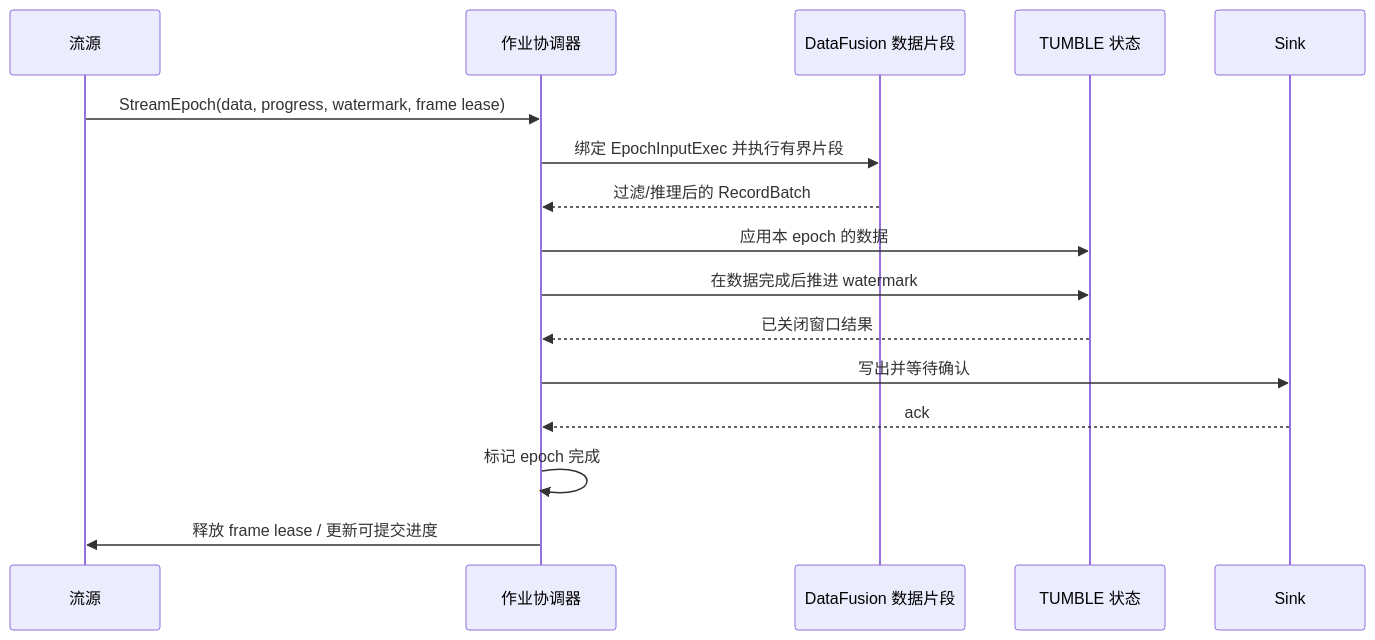
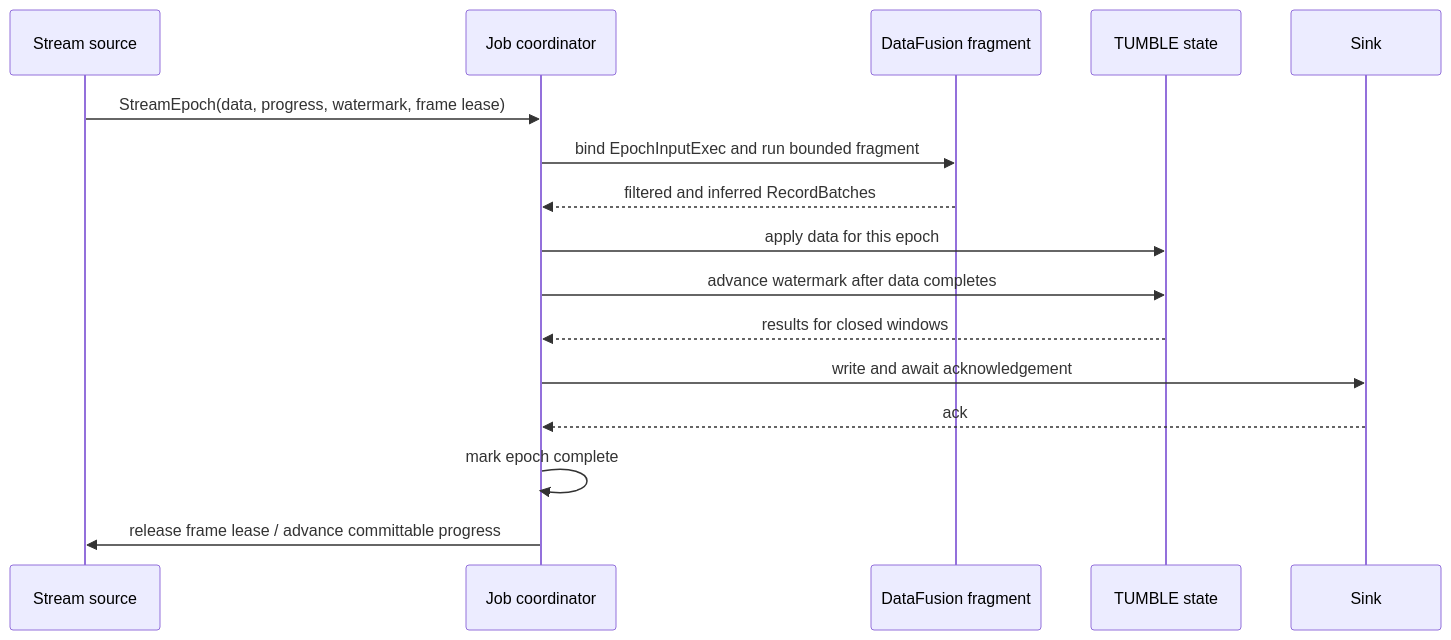
One commit to zhenlohuang/visionql changed the second of 2 diagrams in docs/design.md. Above: the diagram before and after it, drawn with Mermaid. The commit also changed other lines of this file and 14 other files, not shown here.

````diff
--- a/docs/design.md
+++ b/docs/design.md
@@ -262,19 +255,19 @@
 ```mermaid
 sequenceDiagram
-    participant S as 流源
-    participant C as 作业协调器
-    participant D as DataFusion 数据片段
-    participant W as TUMBLE 状态
+    participant S as Stream source
+    participant C as Job coordinator
+    participant D as DataFusion fragment
+    participant W as TUMBLE state
     participant K as Sink
 
     S->>C: StreamEpoch(data, progress, watermark, frame lease)
-    C->>D: 绑定 EpochInputExec 并执行有界片段
-    D-->>C: 过滤/推理后的 RecordBatch
-    C->>W: 应用本 epoch 的数据
-    C->>W: 在数据完成后推进 watermark
-    W-->>C: 已关闭窗口结果
-    C->>K: 写出并等待确认
+    C->>D: bind EpochInputExec and run bounded fragment
+    D-->>C: filtered and inferred RecordBatches
+    C->>W: apply data for this epoch
+    C->>W: advance watermark after data completes
+    W-->>C: results for closed windows
+    C->>K: write and await acknowledgement
     K-->>C: ack
-    C->>C: 标记 epoch 完成
-    C->>S: 释放 frame lease / 更新可提交进度
+    C->>C: mark epoch complete
+    C->>S: release frame lease / advance committable progress
 ```
````
